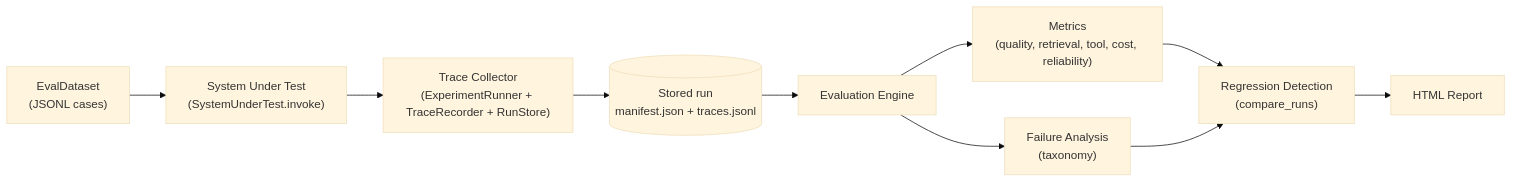
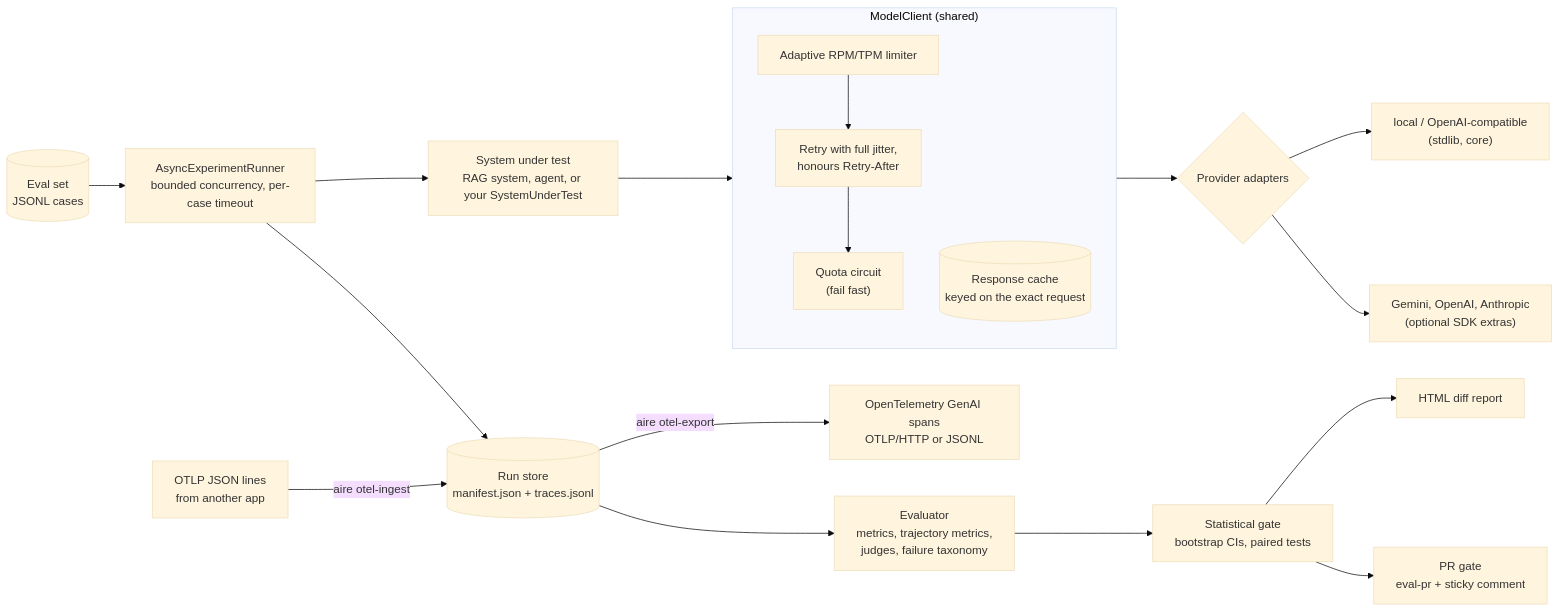
One commit to vaibhav3000/aire changed the first of 3 diagrams in README.md. Above: the diagram before and after it, drawn with Mermaid (base theme). The commit also changed other lines of this file and 7 other files, not shown here.

````diff
--- a/README.md
+++ b/README.md
@@ -48,12 +28,22 @@
 ```mermaid
 flowchart LR
-    A["EvalDataset<br>(JSONL cases)"] --> B["System Under Test<br>(SystemUnderTest.invoke)"]
-    B --> C["Trace Collector<br>(ExperimentRunner + TraceRecorder + RunStore)"]
-    C --> D[("Stored run<br>manifest.json + traces.jsonl")]
-    D --> E["Evaluation Engine"]
-    E --> F["Metrics<br>(quality, retrieval, tool, cost, reliability)"]
-    E --> G["Failure Analysis<br>(taxonomy)"]
-    F --> H["Regression Detection<br>(compare_runs)"]
-    G --> H
-    H --> I["HTML Report"]
+  DS[("Eval set<br>JSONL cases")] --> AR["AsyncExperimentRunner<br>bounded concurrency, per-case timeout"]
+  AR --> SUT["System under test<br>RAG system, agent, or your SystemUnderTest"]
+  SUT --> MC
+  subgraph MC["ModelClient (shared)"]
+    direction TB
+    RL["Adaptive RPM/TPM limiter"] --> RP["Retry with full jitter,<br>honours Retry-After"]
+    RP --> QC["Quota circuit<br>(fail fast)"]
+    CA[("Response cache<br>keyed on the exact request")]
+  end
+  MC --> AD{"Provider adapters"}
+  AD --> L["local / OpenAI-compatible<br>(stdlib, core)"]
+  AD --> X["Gemini, OpenAI, Anthropic<br>(optional SDK extras)"]
+  AR --> RS[("Run store<br>manifest.json + traces.jsonl")]
+  OI["OTLP JSON lines<br>from another app"] -->|"aire otel-ingest"| RS
+  RS -->|"aire otel-export"| OT["OpenTelemetry GenAI spans<br>OTLP/HTTP or JSONL"]
+  RS --> EV["Evaluator<br>metrics, trajectory metrics,<br>judges, failure taxonomy"]
+  EV --> SG["Statistical gate<br>bootstrap CIs, paired tests"]
+  SG --> HR["HTML diff report"]
+  SG --> PR["PR gate<br>eval-pr + sticky comment"]
 ```
````
